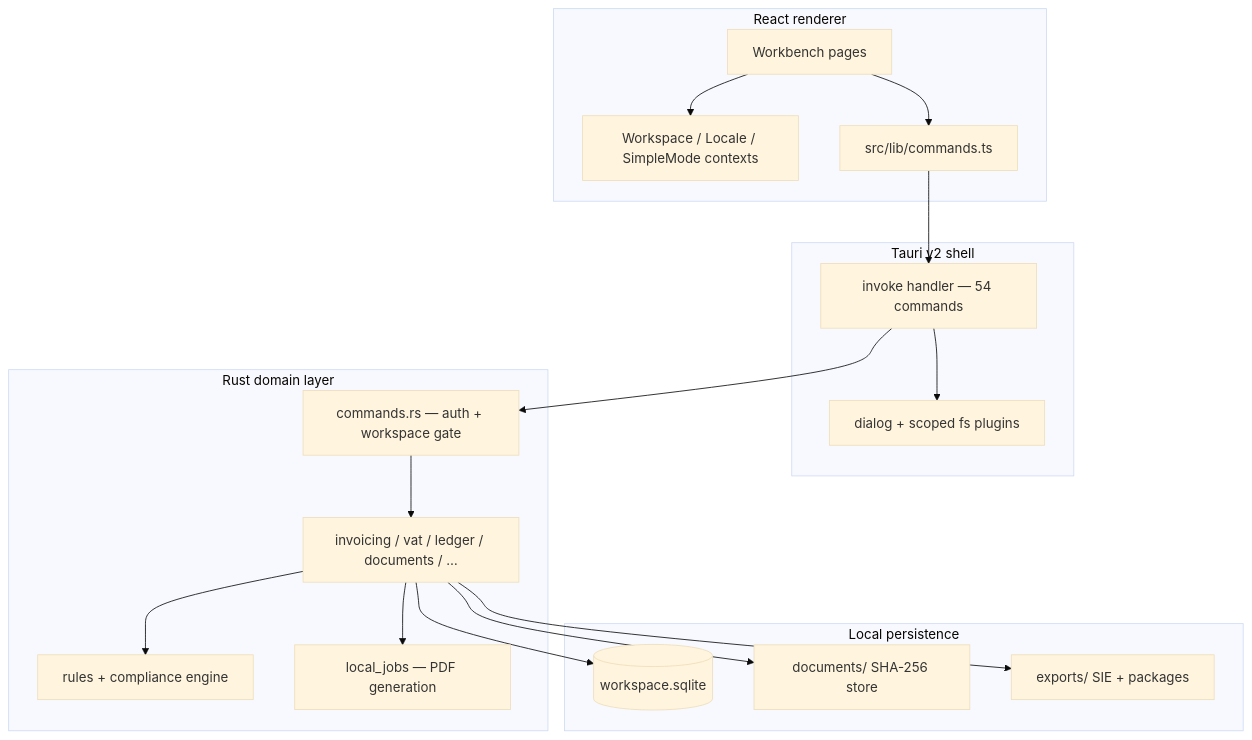
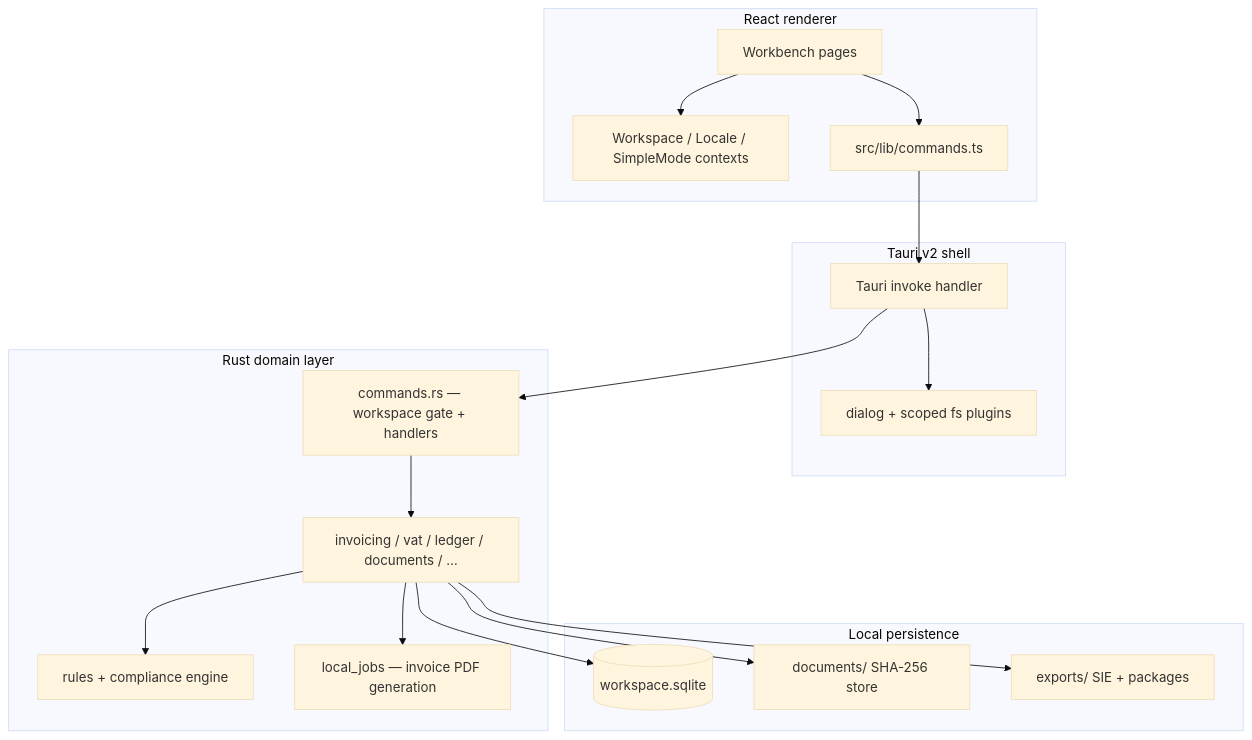
One commit to vomba/oppenbokforing changed the diagram in docs/CODEMAPS/ARCHITECTURE.md. Above: the diagram before and after it, drawn with Mermaid (base theme). The commit also changed other lines of this file and 3 other files, not shown here.

````diff
--- a/docs/CODEMAPS/ARCHITECTURE.md
+++ b/docs/CODEMAPS/ARCHITECTURE.md
@@ -9,38 +9,38 @@
 ```mermaid
 flowchart TB
   subgraph renderer [React renderer]
     Pages[Workbench pages]
     Ctx[Workspace / Locale / SimpleMode contexts]
     CmdWrap[src/lib/commands.ts]
     Pages --> Ctx
     Pages --> CmdWrap
   end
 
   subgraph tauri [Tauri v2 shell]
-    Invoke[invoke handler — 54 commands]
+    Invoke[Tauri invoke handler]
     Plugins[dialog + scoped fs plugins]
     CmdWrap --> Invoke
     Invoke --> Plugins
   end
 
   subgraph rust [Rust domain layer]
-    Commands[commands.rs — auth + workspace gate]
+    Commands[commands.rs — workspace gate + handlers]
     Domains[invoicing / vat / ledger / documents / …]
     Rules[rules + compliance engine]
-    Jobs[local_jobs — PDF generation]
+    Jobs[local_jobs — invoice PDF generation]
     Commands --> Domains
     Domains --> Rules
     Domains --> Jobs
   end
 
   subgraph storage [Local persistence]
     SQLite[(workspace.sqlite)]
     Docs[documents/ SHA-256 store]
     Exports[exports/ SIE + packages]
     Domains --> SQLite
     Domains --> Docs
     Domains --> Exports
   end
 
   Invoke --> Commands
 ```
````
